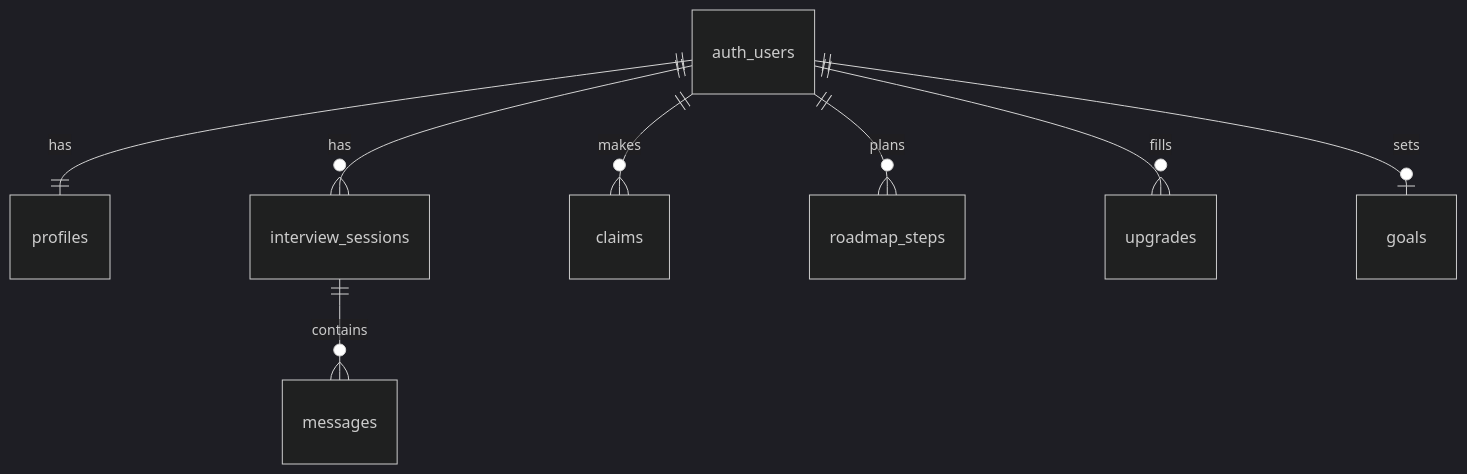
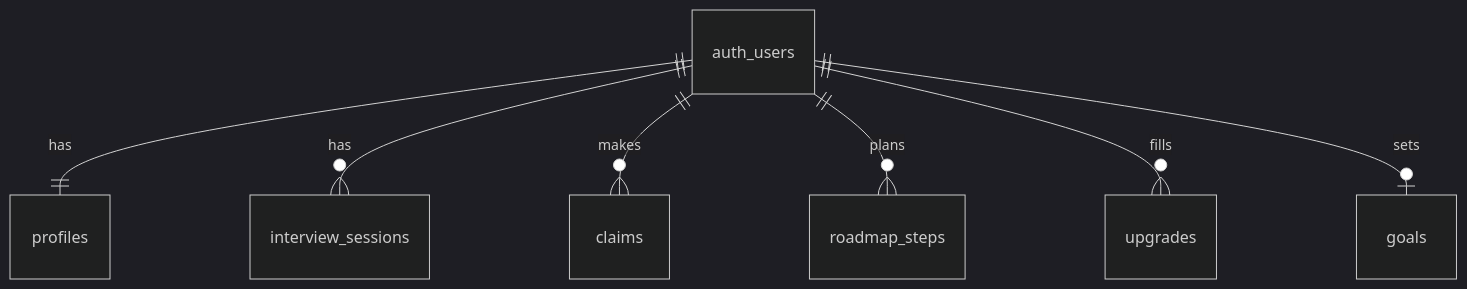
Before and after one commit to cohortjuan/rwr: the second of 2 diagrams in docs/architecture/overview.md, drawn with Mermaid (dark theme). The commit also changed other lines of this file and 17 other files, not shown here.

````diff
--- a/docs/architecture/overview.md
+++ b/docs/architecture/overview.md
@@ -24,10 +36,9 @@
 ```mermaid
 erDiagram
   auth_users ||--|| profiles : has
   auth_users ||--o{ interview_sessions : has
-  interview_sessions ||--o{ messages : contains
   auth_users ||--o{ claims : makes
   auth_users ||--o{ roadmap_steps : plans
   auth_users ||--o{ upgrades : fills
   auth_users ||--o| goals : sets
 ```
````
